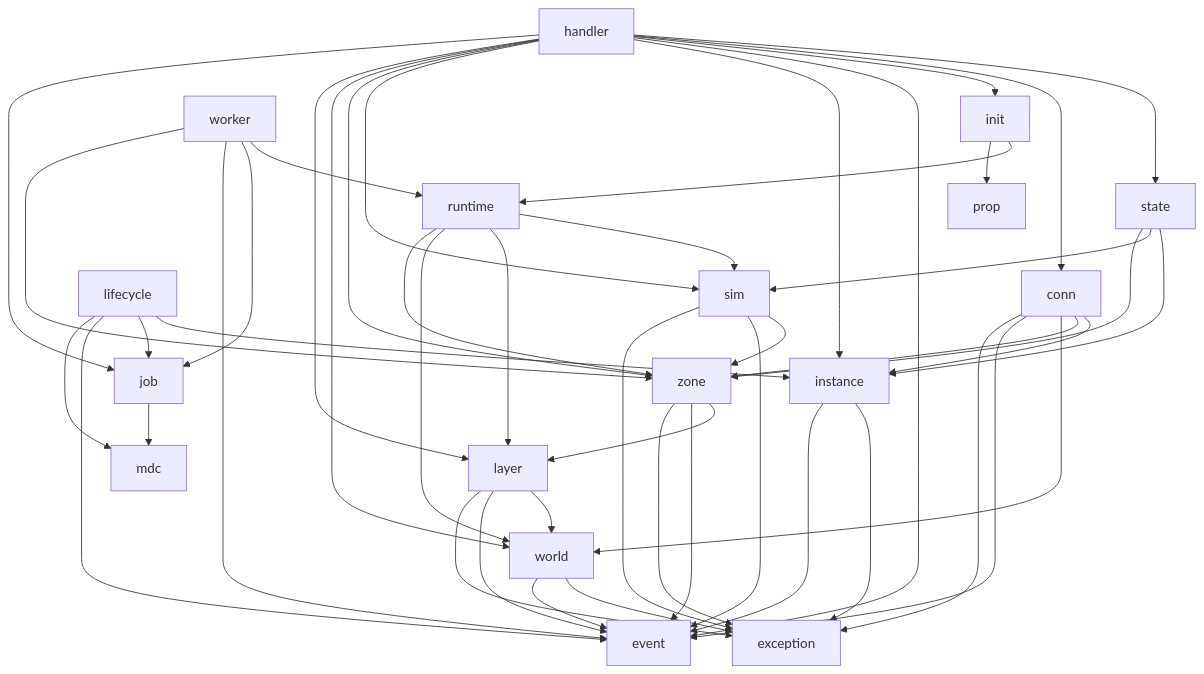
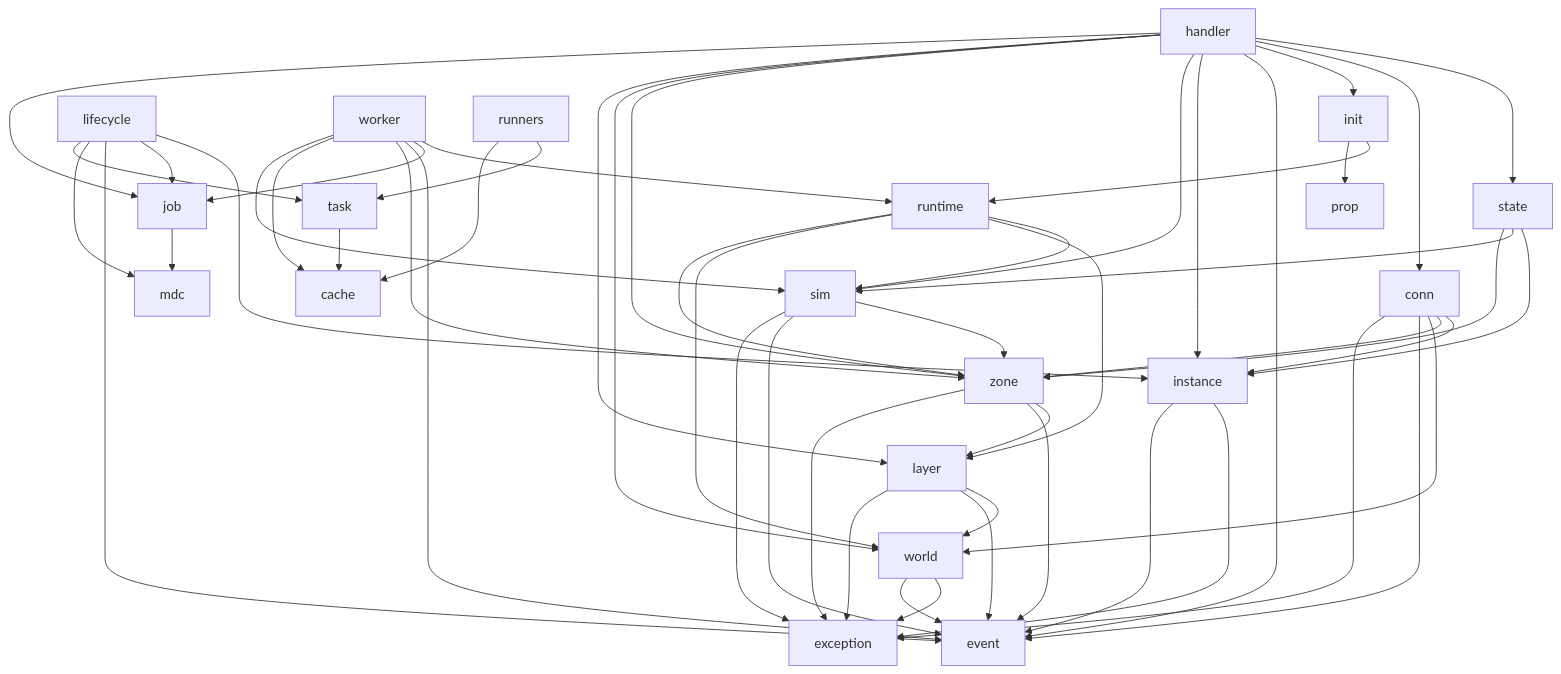
Before and after one commit to crionuke/omgcluster: the diagram in MODULES.md, drawn with Mermaid. The commit also changed 17 other files, not shown here.

````diff
--- a/MODULES.md
+++ b/MODULES.md
@@ -1,61 +1,69 @@
 ```mermaid
 graph TD
     handler --> state
     handler --> conn
     handler --> init
     handler --> event
     handler --> instance
     handler --> sim
     handler --> zone
     handler --> world
     handler --> layer
     handler --> job
 
     lifecycle --> instance
     lifecycle --> job
     lifecycle --> event
     lifecycle --> mdc
+    lifecycle --> task
 
     init --> runtime
     init --> prop
 
     state --> instance
     state --> sim
     state --> zone
 
     runtime --> sim
     runtime --> layer
     runtime --> world
     runtime --> zone
 
     conn --> instance
     conn --> zone
     conn --> world
     conn --> event
     conn --> exception
 
     sim --> zone
     sim --> event
     sim --> exception
 
     zone --> layer
     zone --> event
     zone --> exception
 
     layer --> world
     layer --> event
     layer --> exception
 
     world --> exception
     world --> event
 
     instance --> exception
     instance --> event
 
     job --> mdc
 
     worker --> runtime
     worker --> job
     worker --> event
     worker --> zone
+    worker --> cache
+    worker --> sim
+
+    task --> cache
+
+    runners --> task
+    runners --> cache
 ```
````
